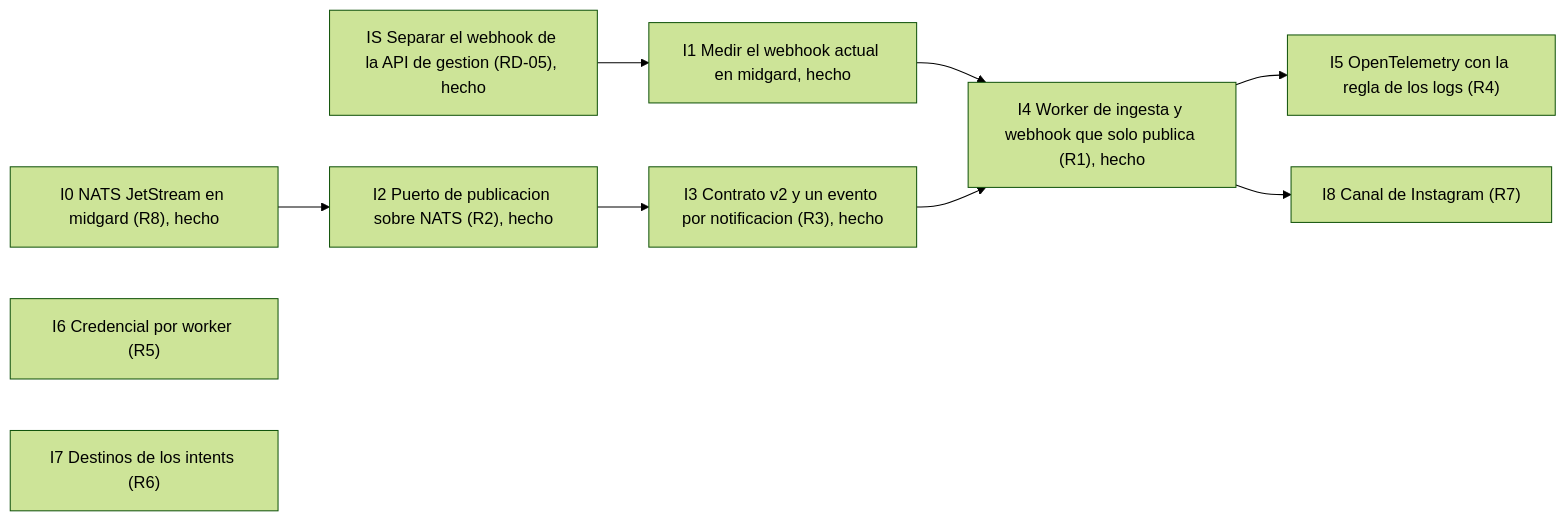
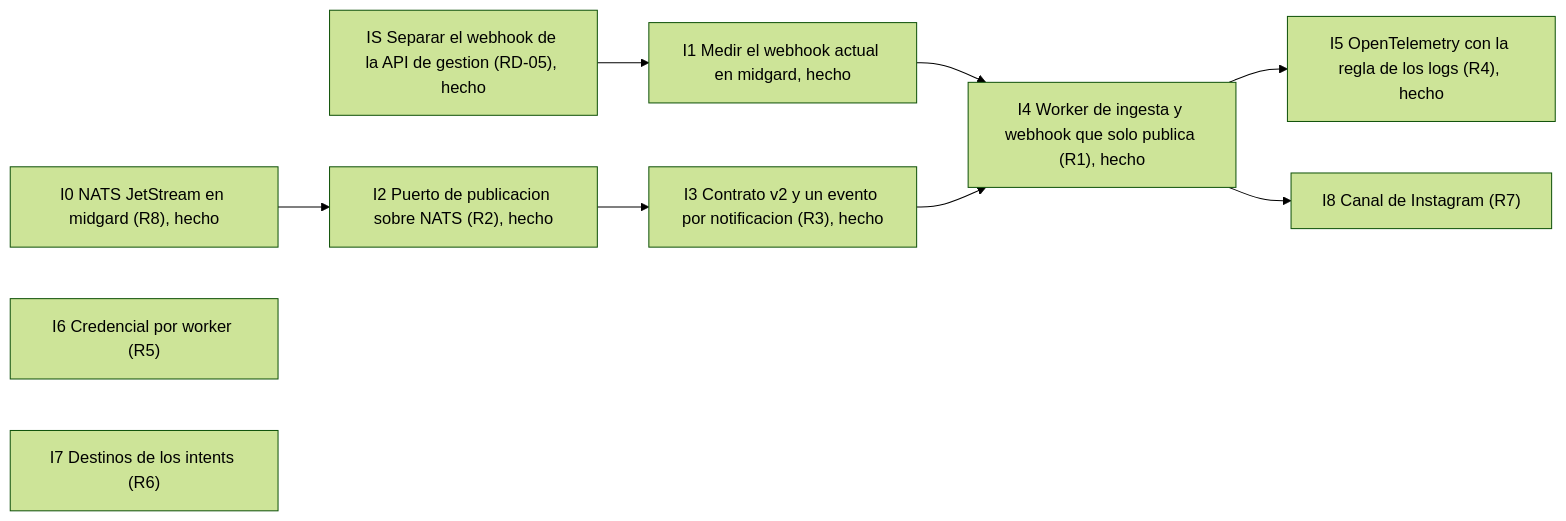
The third of 3 diagrams in docs/00-project/plan-topologia-de-workers.md (jeremialcala/wh-python-fastapi-messenger), drawn with Mermaid (forest theme) before and after one commit. The commit also changed 6 other files, not shown here.

````diff
--- a/docs/00-project/plan-topologia-de-workers.md
+++ b/docs/00-project/plan-topologia-de-workers.md
@@ -214,14 +214,14 @@
 ```mermaid
 flowchart LR
     IS["IS Separar el webhook de la API de gestion (RD-05), hecho"] --> I1
     I1["I1 Medir el webhook actual en midgard, hecho"] --> I4
     I0["I0 NATS JetStream en midgard (R8), hecho"] --> I2
     I2["I2 Puerto de publicacion sobre NATS (R2), hecho"] --> I3
     I3["I3 Contrato v2 y un evento por notificacion (R3), hecho"] --> I4
     I4["I4 Worker de ingesta y webhook que solo publica (R1), hecho"] --> I5
     I4 --> I8
-    I5["I5 OpenTelemetry con la regla de los logs (R4)"]
+    I5["I5 OpenTelemetry con la regla de los logs (R4), hecho"]
     I6["I6 Credencial por worker (R5)"]
     I7["I7 Destinos de los intents (R6)"]
     I8["I8 Canal de Instagram (R7)"]
 ```
````
